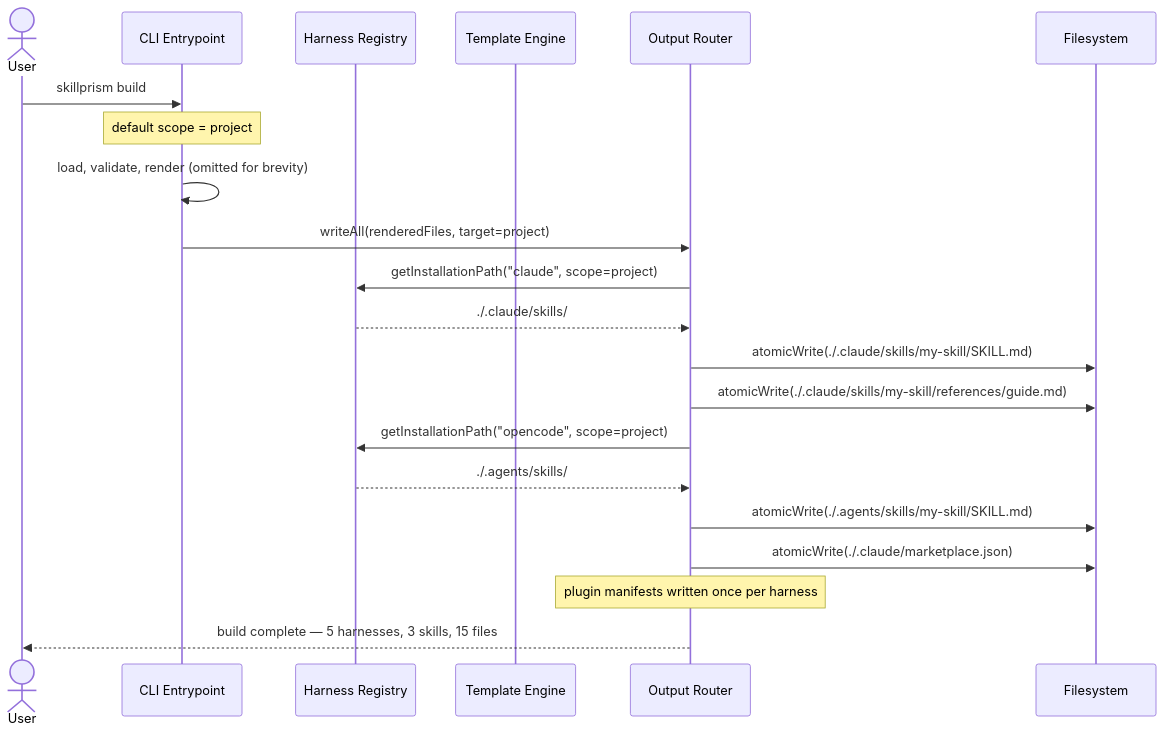
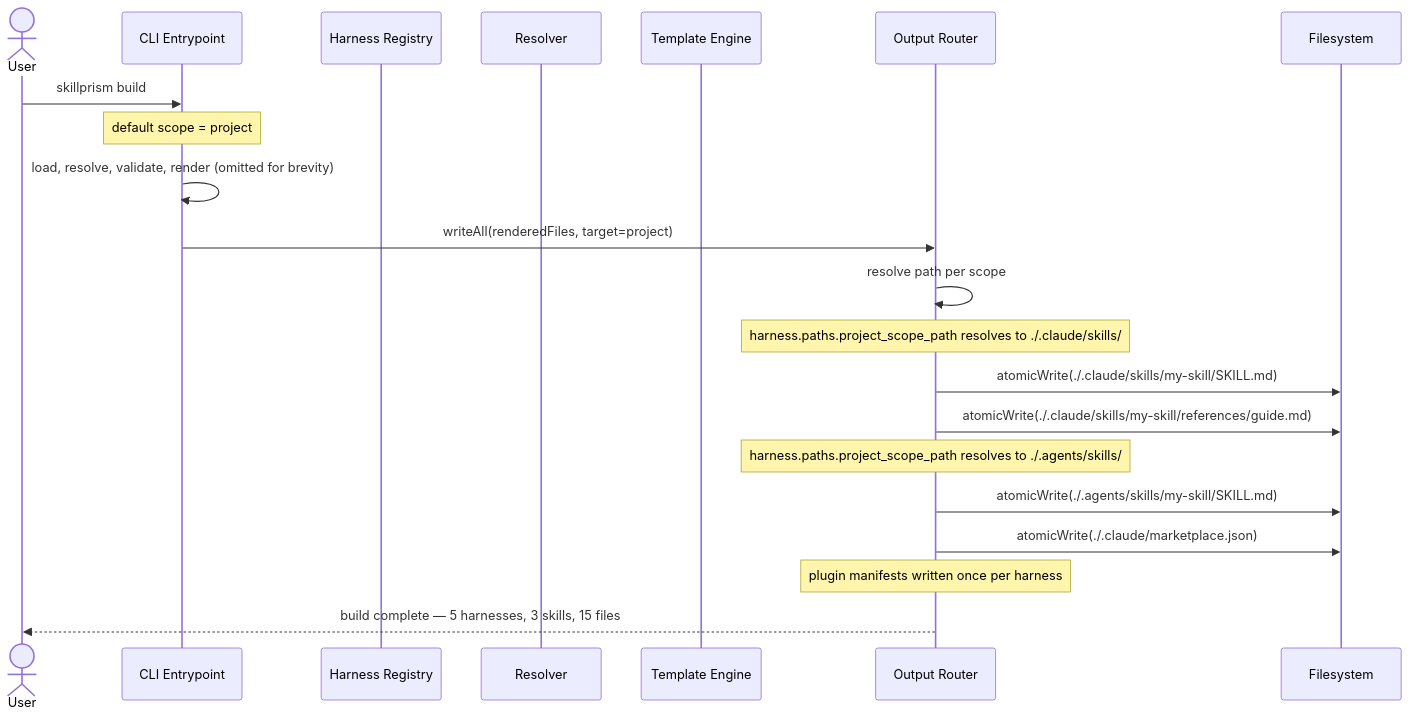
The diagram in .constitution/architecture/flows/flow-build-project.md (Tuvren/skillprism), drawn with Mermaid before and after one commit. The commit also changed other lines of this file and 40 other files, not shown here.

First line of the commit message:
Epic B: Pipeline — Resolver, Validator, Template Engine, Output Router (#2)

````diff
--- a/.constitution/architecture/flows/flow-build-project.md
+++ b/.constitution/architecture/flows/flow-build-project.md
@@ -9,31 +9,31 @@
 ```mermaid
 sequenceDiagram
   actor User
   participant CLI as CLI Entrypoint
   participant Registry as Harness Registry
+  participant Resolver as Resolver
   participant Engine as Template Engine
   participant Router as Output Router
   participant FS as Filesystem
 
   User->>CLI: skillprism build
   Note over CLI: default scope = project
 
-  CLI->>CLI: load, validate, render (omitted for brevity)
+  CLI->>CLI: load, resolve, validate, render (omitted for brevity)
 
   CLI->>Router: writeAll(renderedFiles, target=project)
-  Router->>Registry: getInstallationPath("claude", scope=project)
-  Registry-->>Router: ./.claude/skills/
+  Router->>Router: resolve path per scope
+  Note over Router: harness.paths.project_scope_path resolves to ./.claude/skills/
 
   Router->>FS: atomicWrite(./.claude/skills/my-skill/SKILL.md)
   Router->>FS: atomicWrite(./.claude/skills/my-skill/references/guide.md)
 
-  Router->>Registry: getInstallationPath("opencode", scope=project)
-  Registry-->>Router: ./.agents/skills/
+  Note over Router: harness.paths.project_scope_path resolves to ./.agents/skills/
 
   Router->>FS: atomicWrite(./.agents/skills/my-skill/SKILL.md)
 
   Router->>FS: atomicWrite(./.claude/marketplace.json)
   Note over Router: plugin manifests written once per harness
 
   Router-->>User: build complete — 5 harnesses, 3 skills, 15 files
 ```
````
